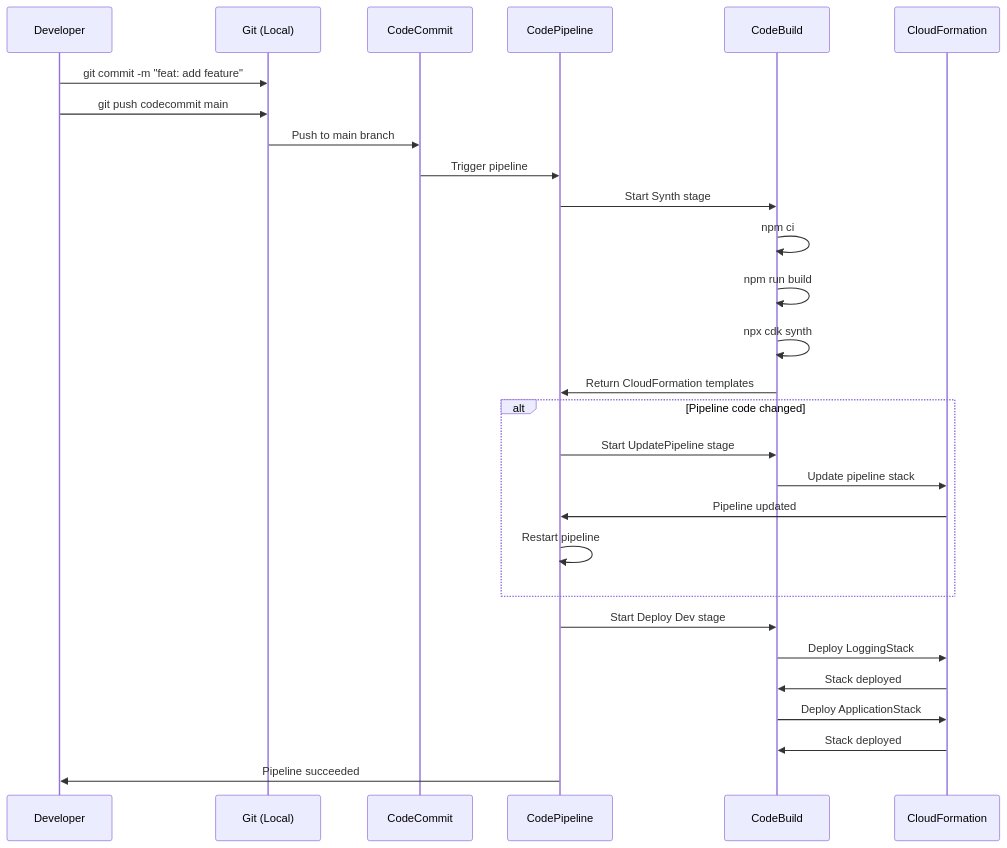
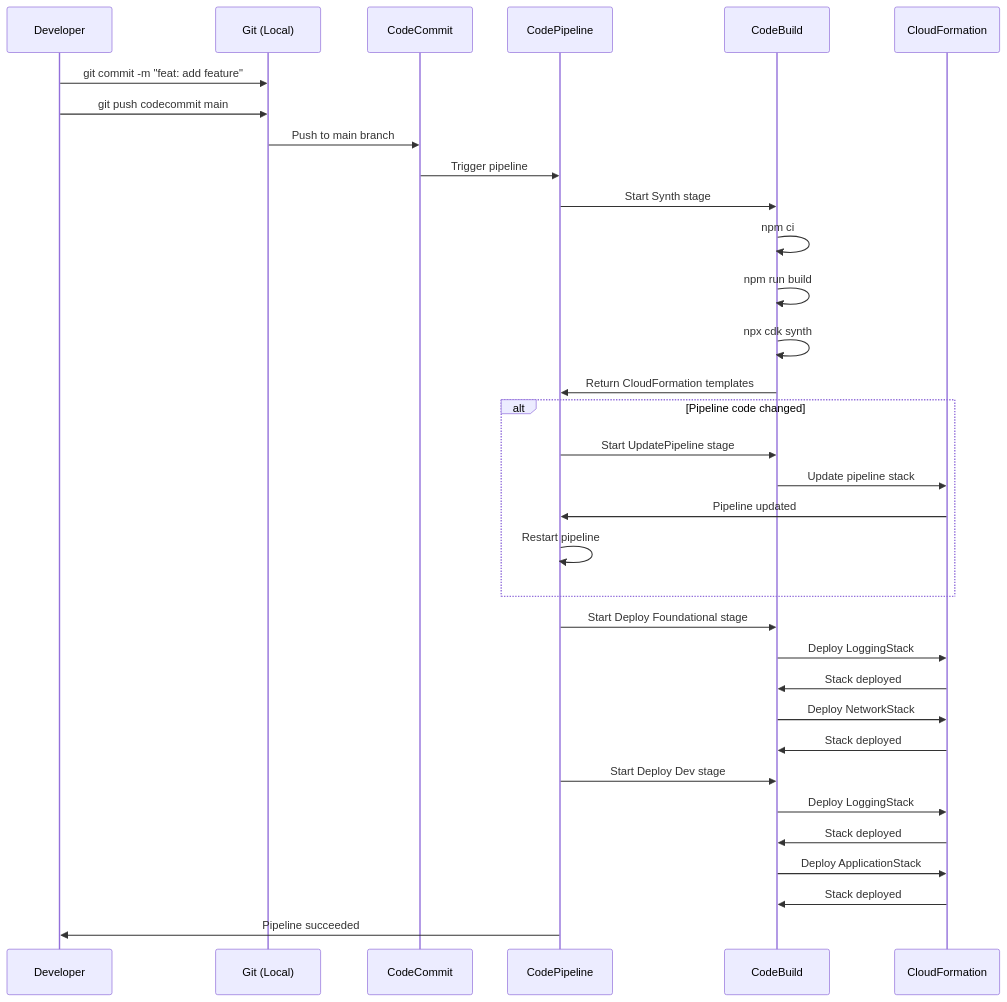
The fifth of 9 diagrams in docs/diagrams.md (tramaine-codes/aws-cdk-delivery-patterns), drawn with Mermaid before and after one commit. The commit also changed other lines of this file and 15 other files, not shown here.

First line of the commit message:
refactor: move foundational stacks into pipeline-managed stage

````diff
--- a/docs/diagrams.md
+++ b/docs/diagrams.md
@@ -90,33 +107,38 @@
 ```mermaid
 sequenceDiagram
     participant Dev as Developer
     participant Git as Git (Local)
     participant CC as CodeCommit
     participant CP as CodePipeline
     participant CB as CodeBuild
     participant CFN as CloudFormation
-    
+
     Dev->>Git: git commit -m "feat: add feature"
     Dev->>Git: git push codecommit main
     Git->>CC: Push to main branch
     CC->>CP: Trigger pipeline
     CP->>CB: Start Synth stage
     CB->>CB: npm ci
     CB->>CB: npm run build
     CB->>CB: npx cdk synth
     CB->>CP: Return CloudFormation templates
-    
+
     alt Pipeline code changed
         CP->>CB: Start UpdatePipeline stage
         CB->>CFN: Update pipeline stack
         CFN->>CP: Pipeline updated
         CP->>CP: Restart pipeline
     end
-    
+
+    CP->>CB: Start Deploy Foundational stage
+    CB->>CFN: Deploy LoggingStack
+    CFN->>CB: Stack deployed
+    CB->>CFN: Deploy NetworkStack
+    CFN->>CB: Stack deployed
     CP->>CB: Start Deploy Dev stage
     CB->>CFN: Deploy LoggingStack
     CFN->>CB: Stack deployed
     CB->>CFN: Deploy ApplicationStack
     CFN->>CB: Stack deployed
     CP->>Dev: Pipeline succeeded
 ```
````
